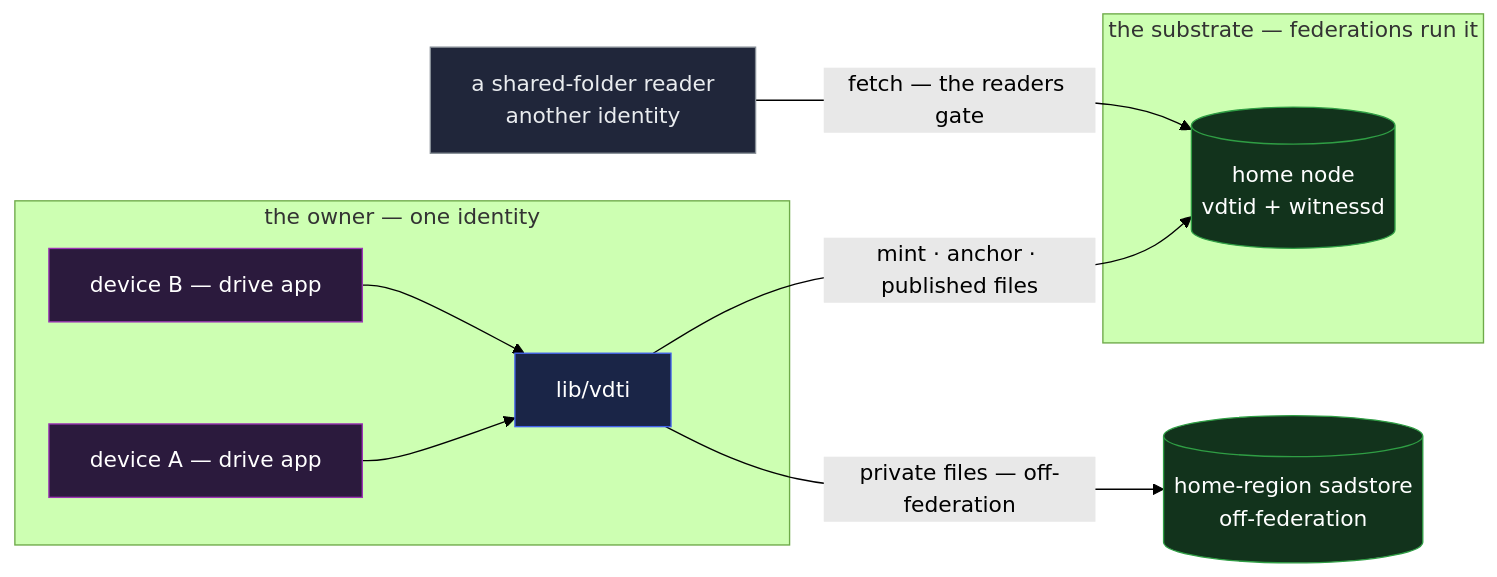
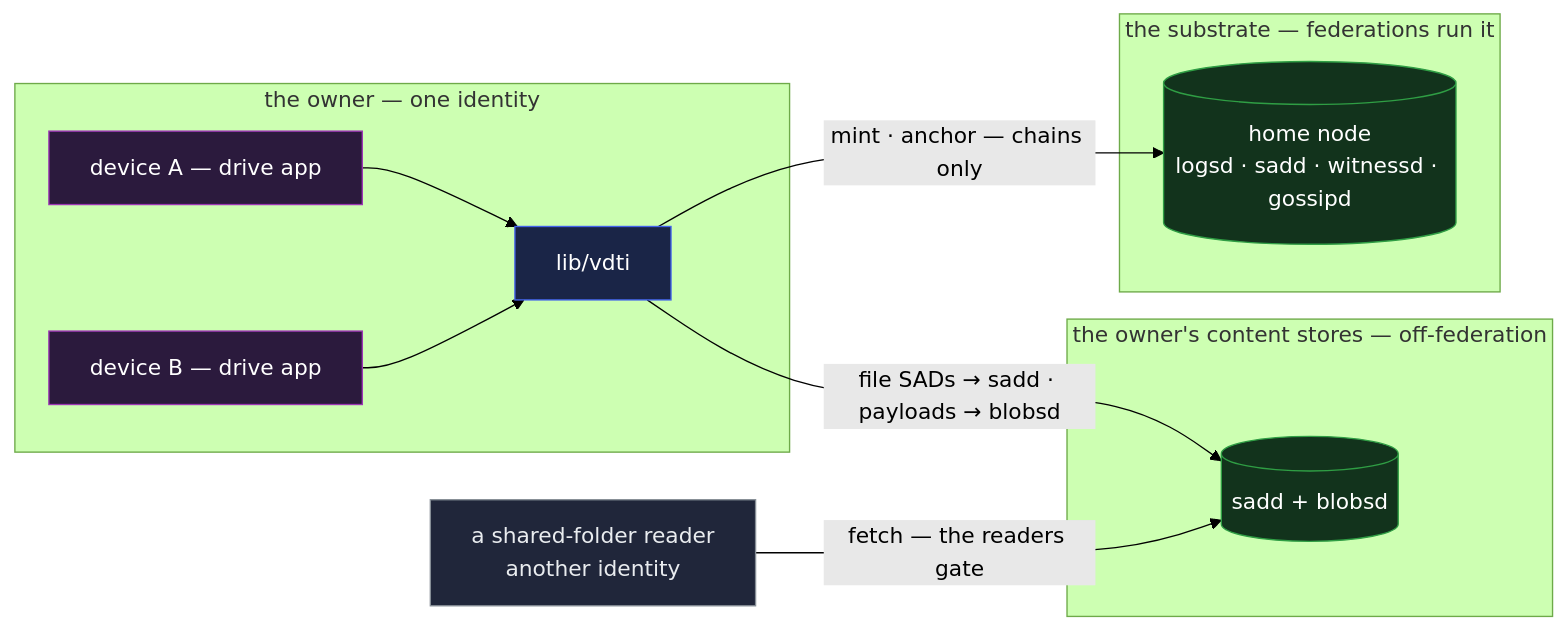
The diagram in docs/design/example-applications/drive.md (jasoncolburne/vdti), drawn with Mermaid (forest theme) before and after one commit. The commit also changed other lines of this file and 79 other files, not shown here.

````diff
--- a/docs/design/example-applications/drive.md
+++ b/docs/design/example-applications/drive.md
@@ -15,22 +15,24 @@
 ```mermaid
 flowchart LR
   subgraph owner["the owner — one identity"]
     d1["device A — drive app"]:::app
     d2["device B — drive app"]:::app
     lib["lib/vdti"]:::lib
   end
   reader["a shared-folder reader<br/>another identity"]:::ext
   subgraph sub["the substrate — federations run it"]
-    node[("home node<br/>vdtid + witnessd")]:::svc
+    node[("home node<br/>logsd · sadd · witnessd · gossipd")]:::svc
   end
-  rep[("home-region sadstore<br/>off-federation")]:::svc
+  subgraph cs["the owner's content stores — off-federation"]
+    rep[("sadd + blobsd")]:::svc
+  end
   d1 --> lib
   d2 --> lib
-  lib -->|"mint · anchor · published files"| node
-  lib -->|"private files — off-federation"| rep
-  reader -->|"fetch — the readers gate"| node
+  lib -->|"mint · anchor — chains only"| node
+  lib -->|"file SADs → sadd · payloads → blobsd"| rep
+  reader -->|"fetch — the readers gate"| rep
   classDef app fill:#2b1a3d,stroke:#9c36b5,color:#fff
   classDef lib fill:#1a2547,stroke:#4263eb,color:#fff
   classDef svc fill:#12331c,stroke:#2f9e44,color:#fff
   classDef ext fill:#20263a,stroke:#868e96,color:#e9ecef
 ```
````
